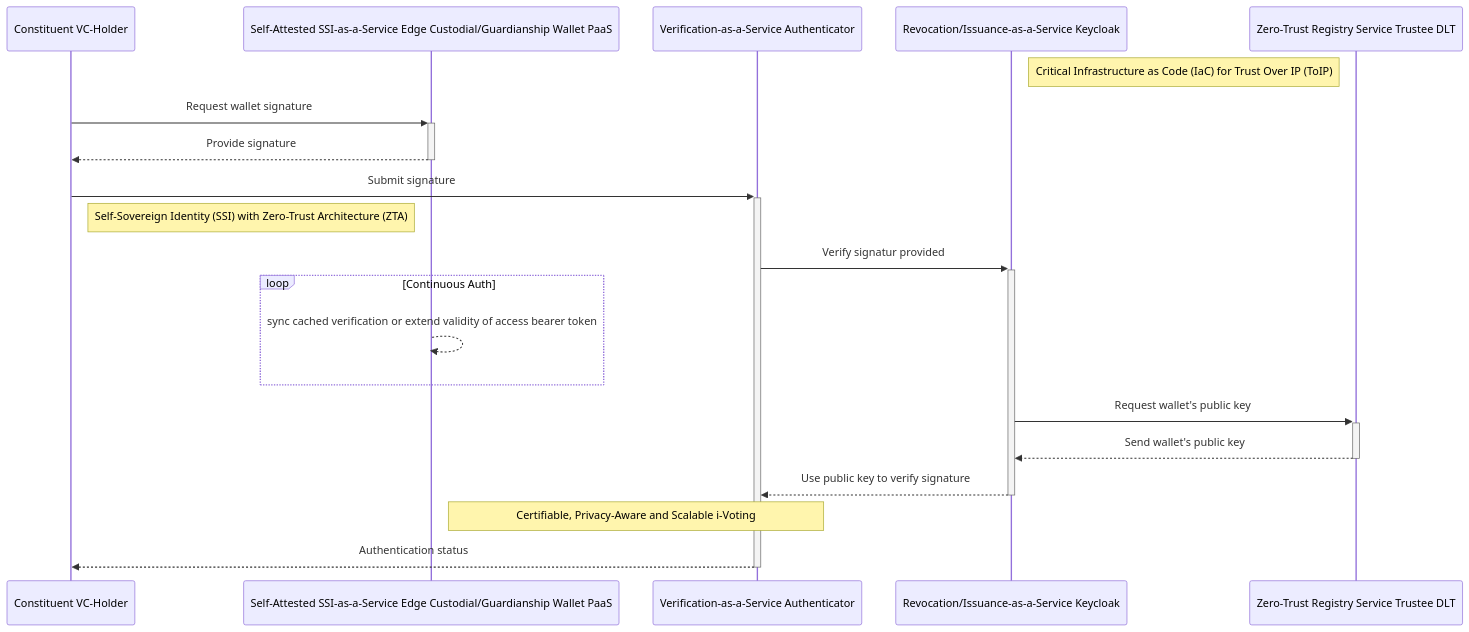
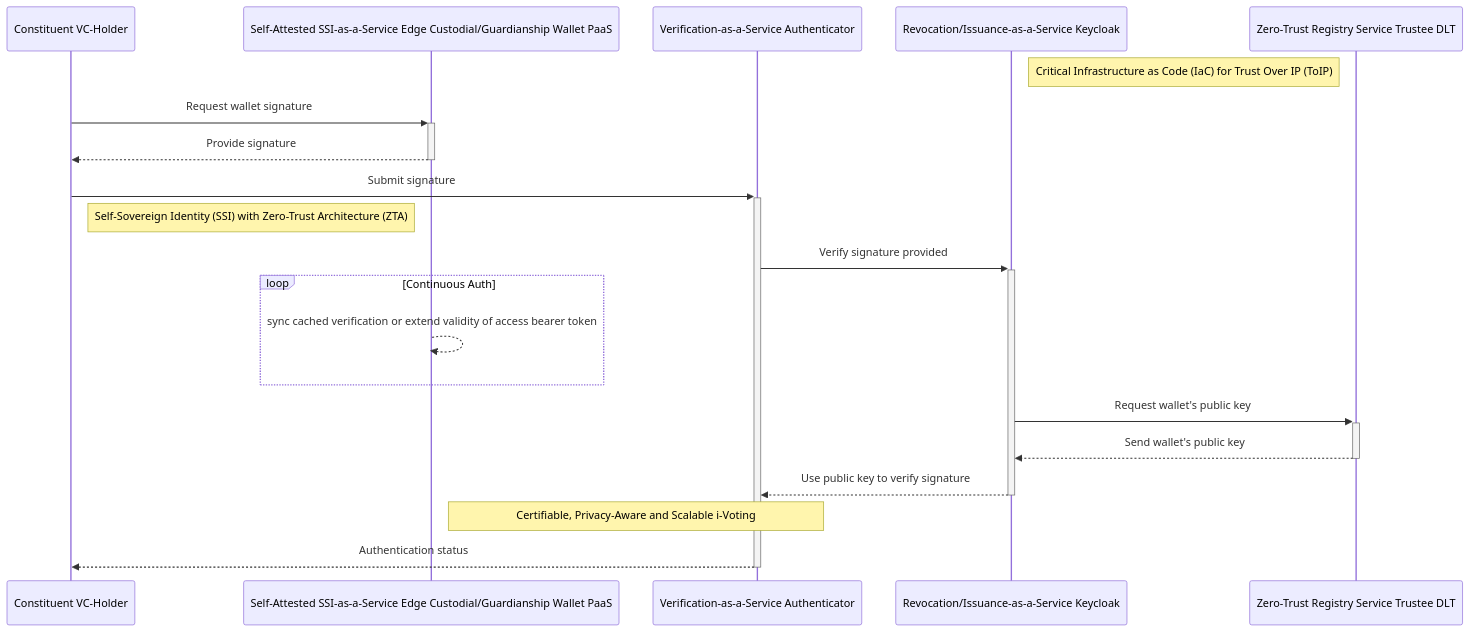
The diagram in README.md (c6ai/c6ai), drawn with Mermaid before and after one commit.

````diff
--- a/README.md
+++ b/README.md
@@ -8,23 +8,23 @@
 ```mermaid
 sequenceDiagram
     participant A as Constituent VC-Holder
     participant B as Self-Attested SSI-as-a-Service Edge Custodial/Guardianship Wallet PaaS
     participant C as Verification-as-a-Service Authenticator
     participant D as Revocation/Issuance-as-a-Service Keycloak
     participant E as Zero-Trust Registry Service Trustee DLT
 	actor A
     Note right of D: Critical Infrastructure as Code (IaC) for Trust Over IP (ToIP)
     A->>+B: Request wallet signature
     B-->>-A: Provide signature
     A->>+C: Submit signature
     Note right of A: Self-Sovereign Identity (SSI) with Zero-Trust Architecture (ZTA)
-    C->>+D: Verify signatur provided
+    C->>+D: Verify signature provided
     loop Continuous Auth
         B-->>B: sync cached verification or extend validity of access bearer token
     end
     D->>+E: Request wallet's public key
     E-->>-D: Send wallet's public key
     D-->>-C: Use public key to verify signature
     Note right of B: Certifiable, Privacy-Aware and Scalable i-Voting
     C-->>-A: Authentication status
 ```
````
